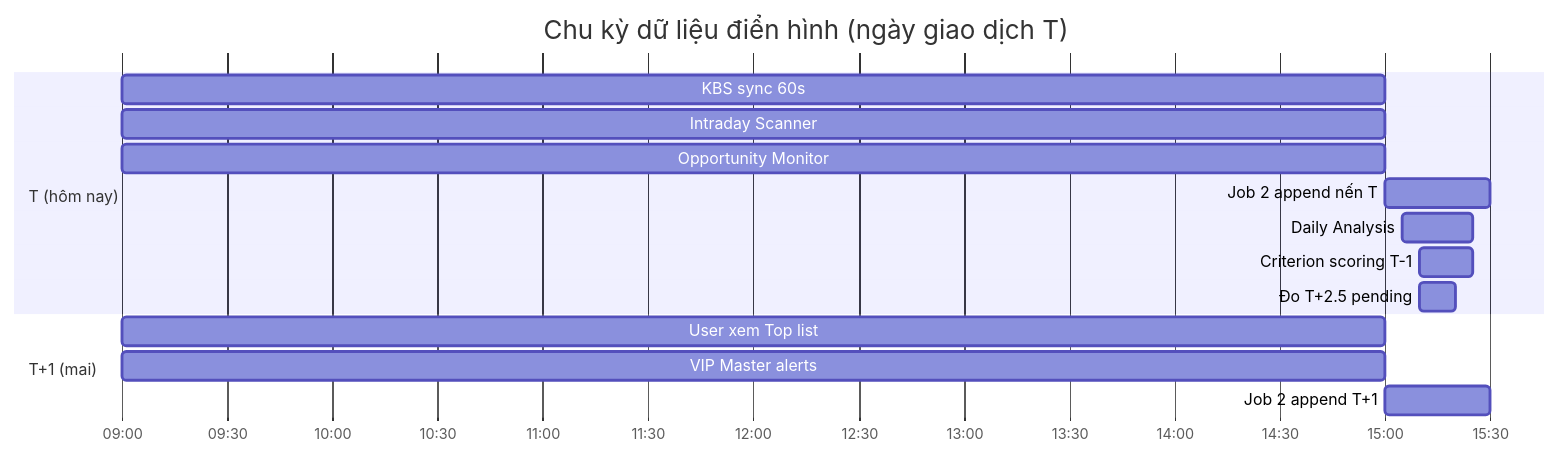
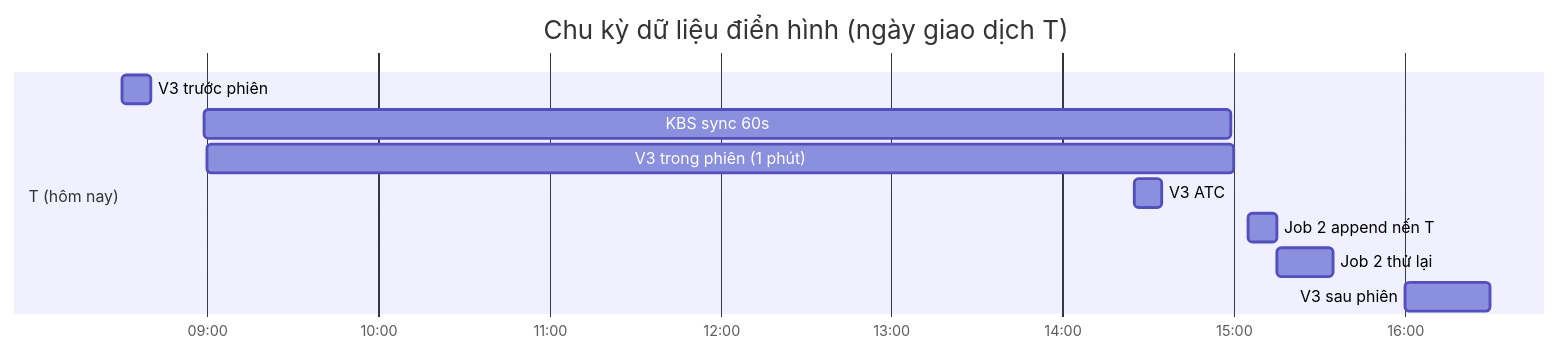
Before and after one commit to Benjamincntt/StockRadar: the second of 6 diagrams in docs/architecture.md, drawn with Mermaid. The commit also changed other lines of this file and 48 other files, not shown here.

````diff
--- a/docs/architecture.md
+++ b/docs/architecture.md
@@ -79,20 +64,15 @@
 ```mermaid
 gantt
     title Chu kỳ dữ liệu điển hình (ngày giao dịch T)
     dateFormat HH:mm
     axisFormat %H:%M
 
     section T (hôm nay)
-    KBS sync 60s           :09:00, 6h
-    Intraday Scanner       :09:00, 6h
-    Opportunity Monitor    :09:00, 6h
-    Job 2 append nến T     :15:00, 30m
-    Daily Analysis         :15:05, 20m
-    Criterion scoring T-1  :15:10, 15m
-    Đo T+2.5 pending       :15:10, 10m
-
-    section T+1 (mai)
-    User xem Top list      :09:00, 6h
-    VIP Master alerts      :09:00, 6h
-    Job 2 append T+1       :15:00, 30m
+    V3 trước phiên          :08:30, 10m
+    KBS sync 60s            :08:59, 6h
+    V3 trong phiên (1 phút) :09:00, 6h
+    V3 ATC                  :14:25, 10m
+    Job 2 append nến T      :15:05, 10m
+    Job 2 thử lại           :15:15, 20m
+    V3 sau phiên            :16:00, 30m
 ```
````
